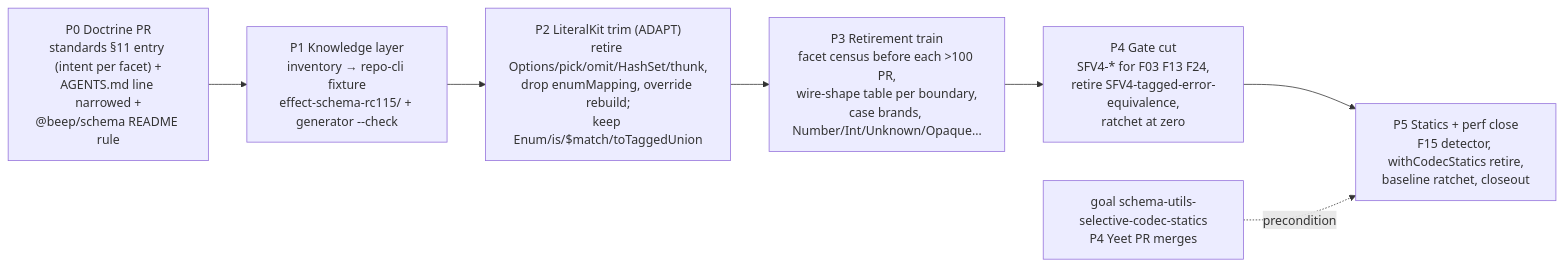
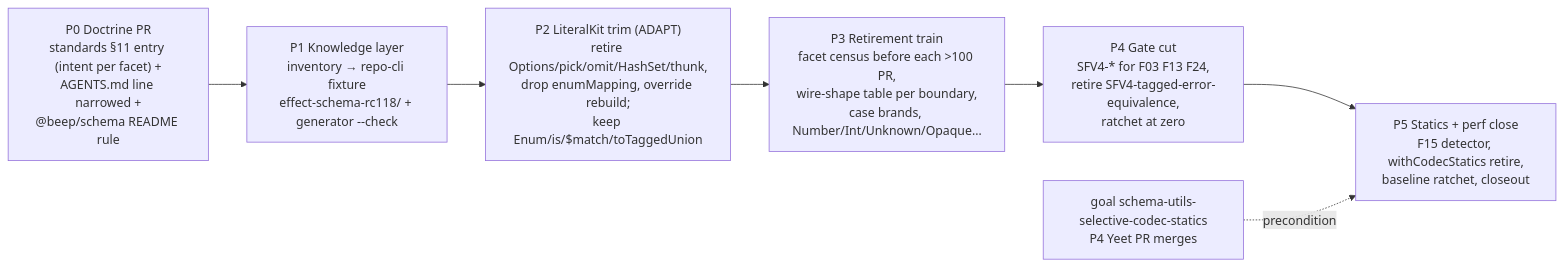
The diagram in explorations/effect-schema-parity/BRIEF.md (beep-effect/beep-effect), drawn with Mermaid before and after one commit. The commit also changed other lines of this file and 50 other files, not shown here.

First line of the commit message:
docs(effect-schema-parity): reopen at decompose and refresh the inventory to e5f7d12af9

````diff
--- a/explorations/effect-schema-parity/BRIEF.md
+++ b/explorations/effect-schema-parity/BRIEF.md
@@ -55,12 +55,12 @@
 ```mermaid
 flowchart LR
     D["P0 Doctrine PR<br/>standards §11 entry (intent per facet) +<br/>AGENTS.md line narrowed +<br/>@beep/schema README rule"]
-    K["P1 Knowledge layer<br/>inventory → repo-cli fixture<br/>effect-schema-rc115/ + generator --check"]
+    K["P1 Knowledge layer<br/>inventory → repo-cli fixture<br/>effect-schema-rc118/ + generator --check"]
     L["P2 LiteralKit trim (ADAPT)<br/>retire Options/pick/omit/HashSet/thunk,<br/>drop enumMapping, override rebuild;<br/>keep Enum/is/$match/toTaggedUnion"]
     R["P3 Retirement train<br/>facet census before each >100 PR,<br/>wire-shape table per boundary,<br/>case brands, Number/Int/Unknown/Opaque…"]
     G["P4 Gate cut<br/>SFV4-* for F03 F13 F24,<br/>retire SFV4-tagged-error-equivalence,<br/>ratchet at zero"]
     S["P5 Statics + perf close<br/>F15 detector, withCodecStatics retire,<br/>baseline ratchet, closeout"]
     X["goal schema-utils-selective-codec-statics<br/>P4 Yeet PR merges"]
     D --> K --> L --> R --> G --> S
     X -. precondition .-> S
 ```
````
